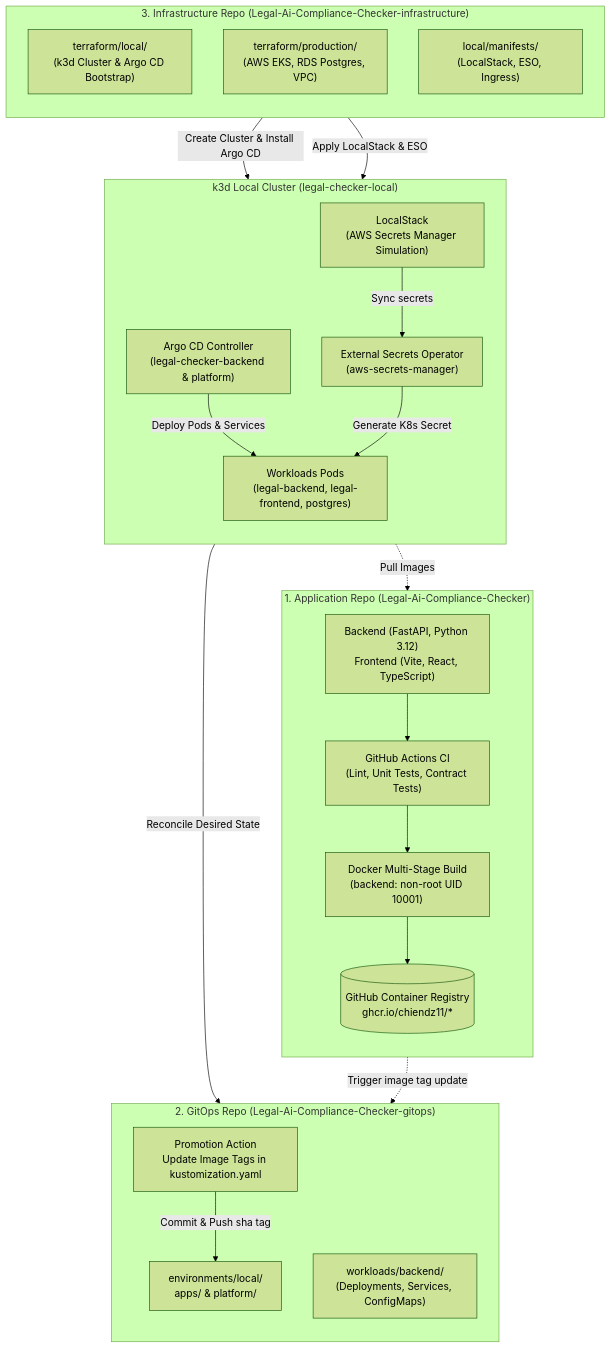
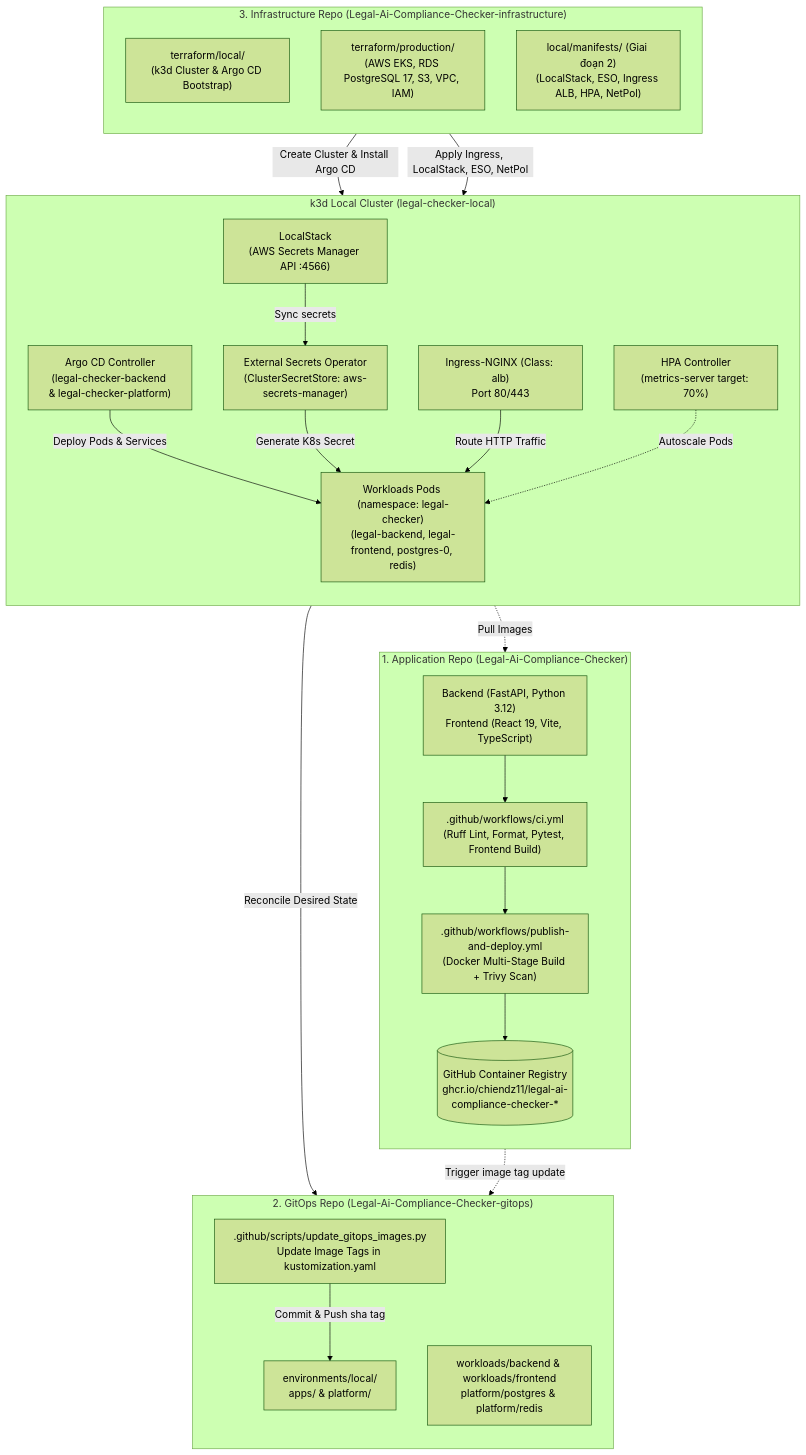
One commit to chiendz11/Legal-Ai-Compliance-Checker changed the first of 5 diagrams in docs/devops/local_k3d_argocd_cicd_framework.md. Above: the diagram before and after it, drawn with Mermaid (forest theme). The commit also changed other lines of this file and 42 other files, not shown here.

````diff
--- a/docs/devops/local_k3d_argocd_cicd_framework.md
+++ b/docs/devops/local_k3d_argocd_cicd_framework.md
@@ -11,44 +11,48 @@
 ```mermaid
 flowchart TB
     subgraph RepoApp["1. Application Repo (Legal-Ai-Compliance-Checker)"]
         direction TB
-        Src["Backend (FastAPI, Python 3.12)<br/>Frontend (Vite, React, TypeScript)"]
-        CI_Jobs["GitHub Actions CI<br/>(Lint, Unit Tests, Contract Tests)"]
-        CI_Docker["Docker Multi-Stage Build<br/>(backend: non-root UID 10001)"]
-        GHCR[("GitHub Container Registry<br/>ghcr.io/chiendz11/*")]
+        Src["Backend (FastAPI, Python 3.12)<br/>Frontend (React 19, Vite, TypeScript)"]
+        CI_Workflow[".github/workflows/ci.yml<br/>(Ruff Lint, Format, Pytest, Frontend Build)"]
+        CD_Workflow[".github/workflows/publish-and-deploy.yml<br/>(Docker Multi-Stage Build + Trivy Scan)"]
+        GHCR[("GitHub Container Registry<br/>ghcr.io/chiendz11/legal-ai-compliance-checker-*")]
         
-        Src --> CI_Jobs --> CI_Docker --> GHCR
+        Src --> CI_Workflow --> CD_Workflow --> GHCR
     end
 
     subgraph RepoGitOps["2. GitOps Repo (Legal-Ai-Compliance-Checker-gitops)"]
         direction TB
         LocalEnv["environments/local/<br/>apps/ & platform/"]
-        Workloads["workloads/backend/<br/>(Deployments, Services, ConfigMaps)"]
-        Promotion["Promotion Action<br/>Update Image Tags in kustomization.yaml"]
+        Workloads["workloads/backend & workloads/frontend<br/>platform/postgres & platform/redis"]
+        Promotion[".github/scripts/update_gitops_images.py<br/>Update Image Tags in kustomization.yaml"]
     end
 
     subgraph RepoInfras["3. Infrastructure Repo (Legal-Ai-Compliance-Checker-infrastructure)"]
         direction TB
         TF_Local["terraform/local/<br/>(k3d Cluster & Argo CD Bootstrap)"]
-        TF_Prod["terraform/production/<br/>(AWS EKS, RDS Postgres, VPC)"]
-        LocalManifests["local/manifests/<br/>(LocalStack, ESO, Ingress)"]
+        TF_Prod["terraform/production/<br/>(AWS EKS, RDS PostgreSQL 17, S3, VPC, IAM)"]
+        LocalManifests["local/manifests/ (Giai đoạn 2)<br/>(LocalStack, ESO, Ingress ALB, HPA, NetPol)"]
     end
 
     subgraph K3dCluster["k3d Local Cluster (legal-checker-local)"]
         direction TB
-        ArgoCD["Argo CD Controller<br/>(legal-checker-backend & platform)"]
-        ESO["External Secrets Operator<br/>(aws-secrets-manager)"]
-        LocalStack["LocalStack<br/>(AWS Secrets Manager Simulation)"]
-        WorkloadsPods["Workloads Pods<br/>(legal-backend, legal-frontend, postgres)"]
+        ArgoCD["Argo CD Controller<br/>(legal-checker-backend & legal-checker-platform)"]
+        ESO["External Secrets Operator<br/>(ClusterSecretStore: aws-secrets-manager)"]
+        LocalStack["LocalStack<br/>(AWS Secrets Manager API :4566)"]
+        Ingress["Ingress-NGINX (Class: alb)<br/>Port 80/443"]
+        WorkloadsPods["Workloads Pods (namespace: legal-checker)<br/>(legal-backend, legal-frontend, postgres-0, redis)"]
+        HPA["HPA Controller<br/>(metrics-server target: 70%)"]
     end
 
-    CI_Docker -.->|Trigger image tag update| Promotion
+    CD_Workflow -.->|Trigger image tag update| Promotion
     Promotion -->|Commit & Push sha tag| LocalEnv
     TF_Local -->|Create Cluster & Install Argo CD| K3dCluster
-    LocalManifests -->|Apply LocalStack & ESO| K3dCluster
+    LocalManifests -->|Apply Ingress, LocalStack, ESO, NetPol| K3dCluster
     
     ArgoCD -->|Reconcile Desired State| LocalEnv
     ArgoCD -->|Deploy Pods & Services| WorkloadsPods
     WorkloadsPods -.->|Pull Images| GHCR
     LocalStack -->|Sync secrets| ESO -->|Generate K8s Secret| WorkloadsPods
+    Ingress -->|Route HTTP Traffic| WorkloadsPods
+    HPA -.->|Autoscale Pods| WorkloadsPods
 ```
````
